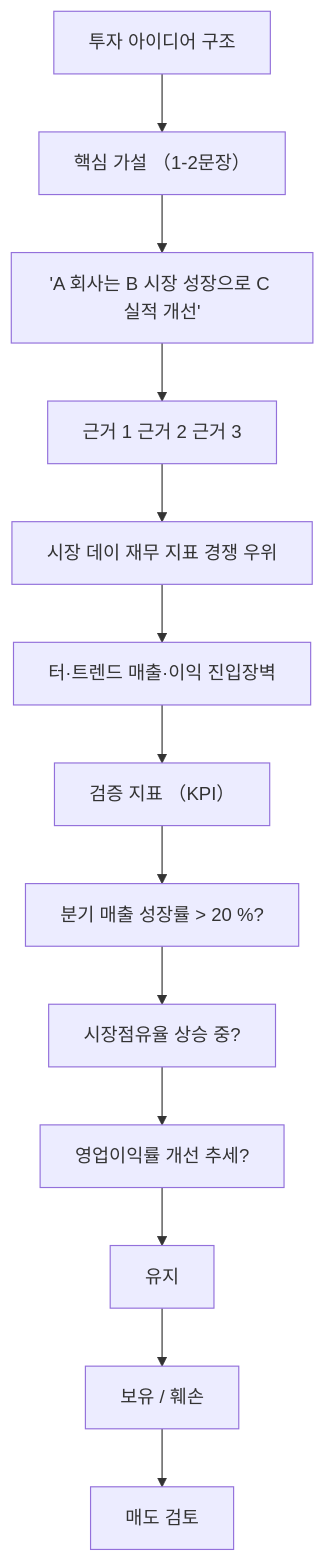
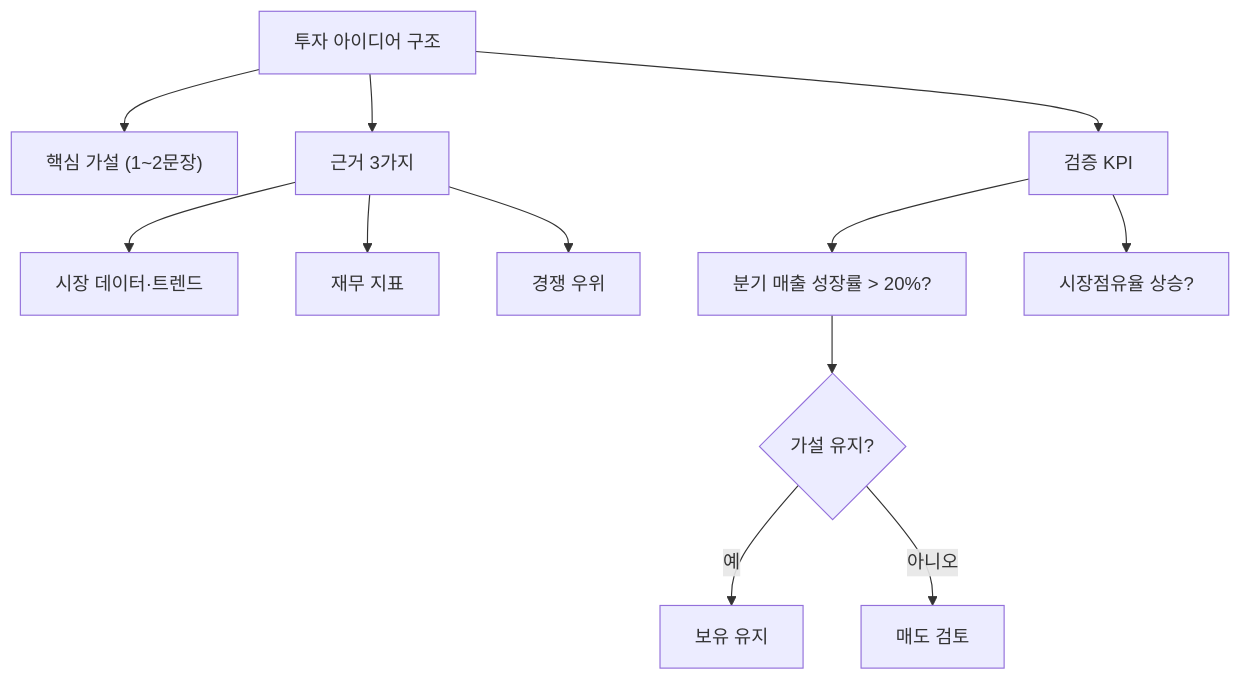
The diagram in content/stock-terms/ko/level-10-company-analysis/investment-thesis.md (yeongseon/stock-visual-note), drawn with Mermaid before and after one commit. The commit also changed other lines of this file and 96 other files, not shown here.

Commit message:
Rewrite all 98 remaining articles: branching Mermaid diagrams, natural search_intent, compelling seo_titles, clean descriptions

````diff
--- a/content/stock-terms/ko/level-10-company-analysis/investment-thesis.md
+++ b/content/stock-terms/ko/level-10-company-analysis/investment-thesis.md
@@ -42,28 +42,15 @@
 ```mermaid
 graph TD
-    A0["투자 아이디어 구조"]
-    A1["핵심 가설 （1-2문장）"]
-    A2["'A 회사는 B 시장 성장으로 C 실적 개선'"]
-    A3["근거 1 근거 2 근거 3"]
-    A4["시장 데이 재무 지표 경쟁 우위"]
-    A5["터·트렌드 매출·이익 진입장벽"]
-    A6["검증 지표 （KPI）"]
-    A7["분기 매출 성장률 > 20 %?"]
-    A8["시장점유율 상승 중?"]
-    A9["영업이익률 개선 추세?"]
-    A10["유지"]
-    A11["보유 / 훼손"]
-    A12["매도 검토"]
-    A0 --> A1
-    A1 --> A2
-    A2 --> A3
-    A3 --> A4
-    A4 --> A5
-    A5 --> A6
-    A6 --> A7
-    A7 --> A8
-    A8 --> A9
-    A9 --> A10
-    A10 --> A11
-    A11 --> A12
+    A["투자 아이디어 구조"]
+    A --> B["핵심 가설 (1~2문장)"]
+    A --> C["근거 3가지"]
+    A --> D["검증 KPI"]
+    C --> C1["시장 데이터·트렌드"]
+    C --> C2["재무 지표"]
+    C --> C3["경쟁 우위"]
+    D --> D1["분기 매출 성장률 > 20%?"]
+    D --> D2["시장점유율 상승?"]
+    D1 --> E{"가설 유지?"}
+    E -->|"예"| F["보유 유지"]
+    E -->|"아니오"| G["매도 검토"]
 ```
````
